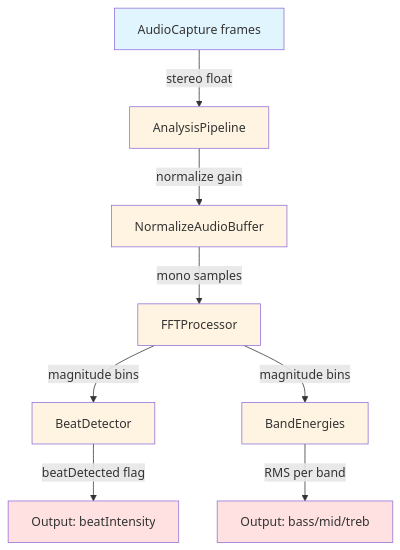
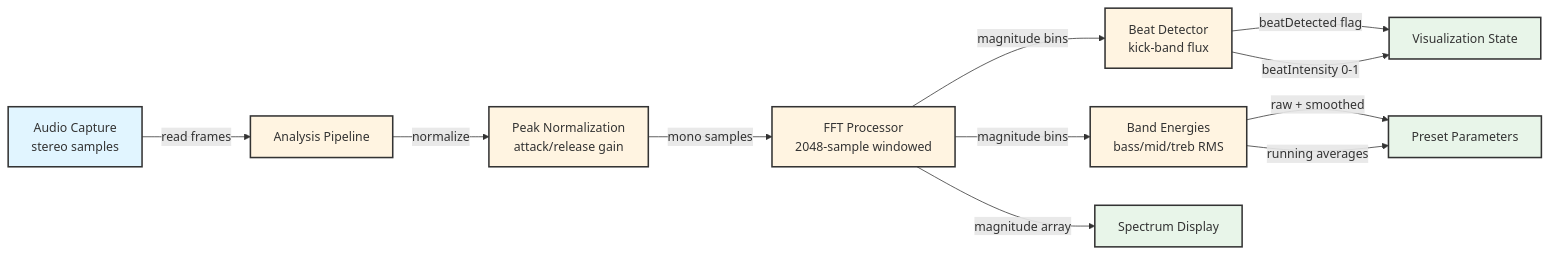
One commit to EvanLavender13/audio-jones changed the diagram in docs/modules/analysis.md. Above: the diagram before and after it, drawn with Mermaid. The commit also changed other lines of this file and 9 other files, not shown here.

First line of the commit message:
Add git-based change detection to sync-architecture command

````diff
--- a/docs/modules/analysis.md
+++ b/docs/modules/analysis.md
@@ -17,17 +16,26 @@
 ```mermaid
-flowchart TD
-    Audio[AudioCapture frames] -->|stereo float| Pipeline[AnalysisPipeline]
-    Pipeline -->|normalize gain| Norm[NormalizeAudioBuffer]
-    Norm -->|mono samples| FFT[FFTProcessor]
-    FFT -->|magnitude bins| Beat[BeatDetector]
-    FFT -->|magnitude bins| Bands[BandEnergies]
-    Beat -->|beatDetected flag| Out1[Output: beatIntensity]
-    Bands -->|RMS per band| Out2[Output: bass/mid/treb]
+graph LR
+    AudioCapture[Audio Capture<br/>stereo samples] -->|read frames| Pipeline[Analysis Pipeline]
 
-    style Audio fill:#e1f5ff
-    style Out1 fill:#ffe1e1
-    style Out2 fill:#ffe1e1
+    Pipeline -->|normalize| Norm[Peak Normalization<br/>attack/release gain]
+    Norm -->|mono samples| FFT[FFT Processor<br/>2048-sample windowed]
 
-    classDef process fill:#fff4e1
+    FFT -->|magnitude bins| Beat[Beat Detector<br/>kick-band flux]
+    FFT -->|magnitude bins| Bands[Band Energies<br/>bass/mid/treb RMS]
+
+    Beat -->|beatDetected flag| Out1[Visualization State]
+    Beat -->|beatIntensity 0-1| Out1
+
+    Bands -->|raw + smoothed| Out2[Preset Parameters]
+    Bands -->|running averages| Out2
+
+    FFT -->|magnitude array| Out3[Spectrum Display]
+
+    classDef input fill:#e1f5ff,stroke:#333,stroke-width:2px
+    classDef process fill:#fff4e1,stroke:#333,stroke-width:2px
+    classDef output fill:#e8f5e9,stroke:#333,stroke-width:2px
+
+    class AudioCapture input
     class Pipeline,Norm,FFT,Beat,Bands process
+    class Out1,Out2,Out3 output
 ```
````
